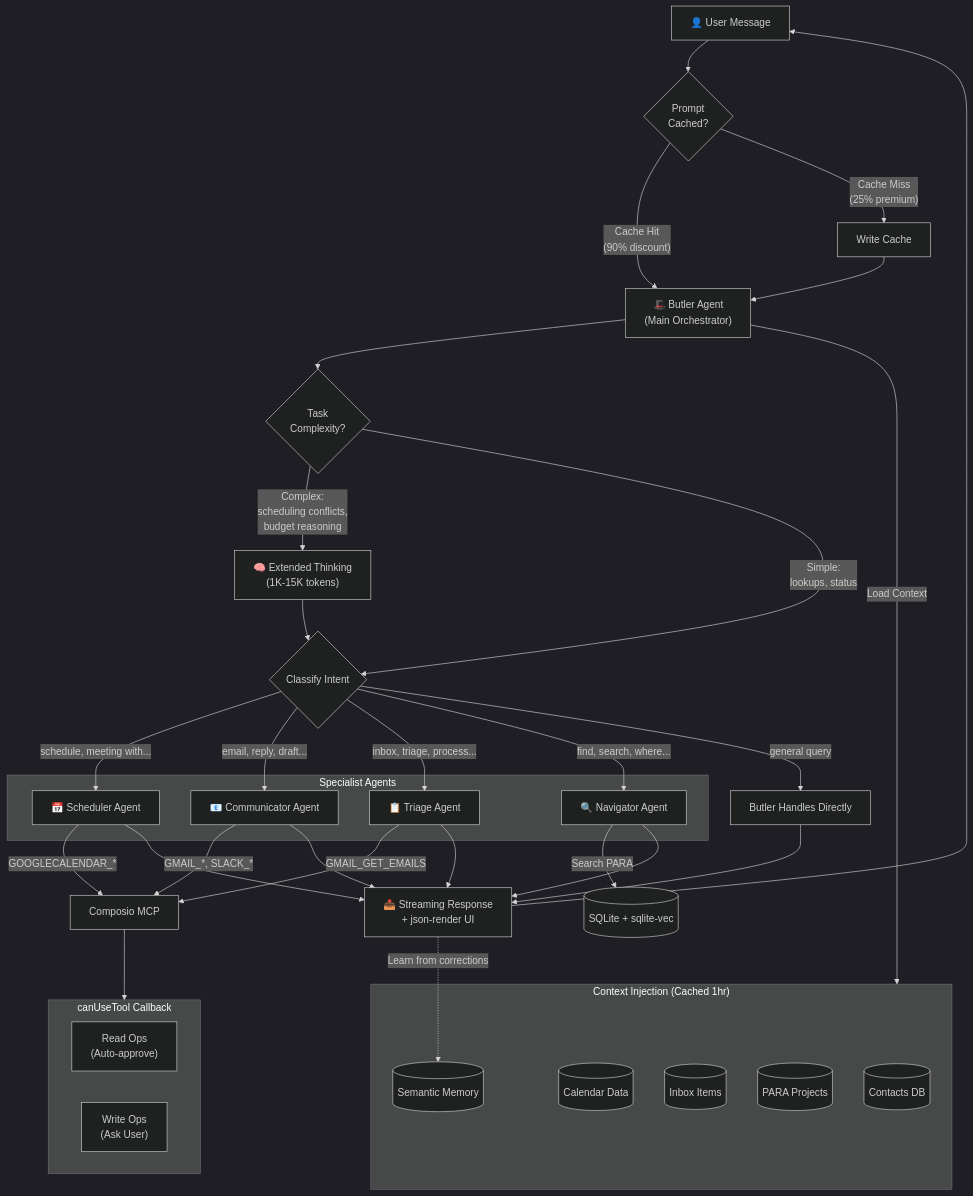
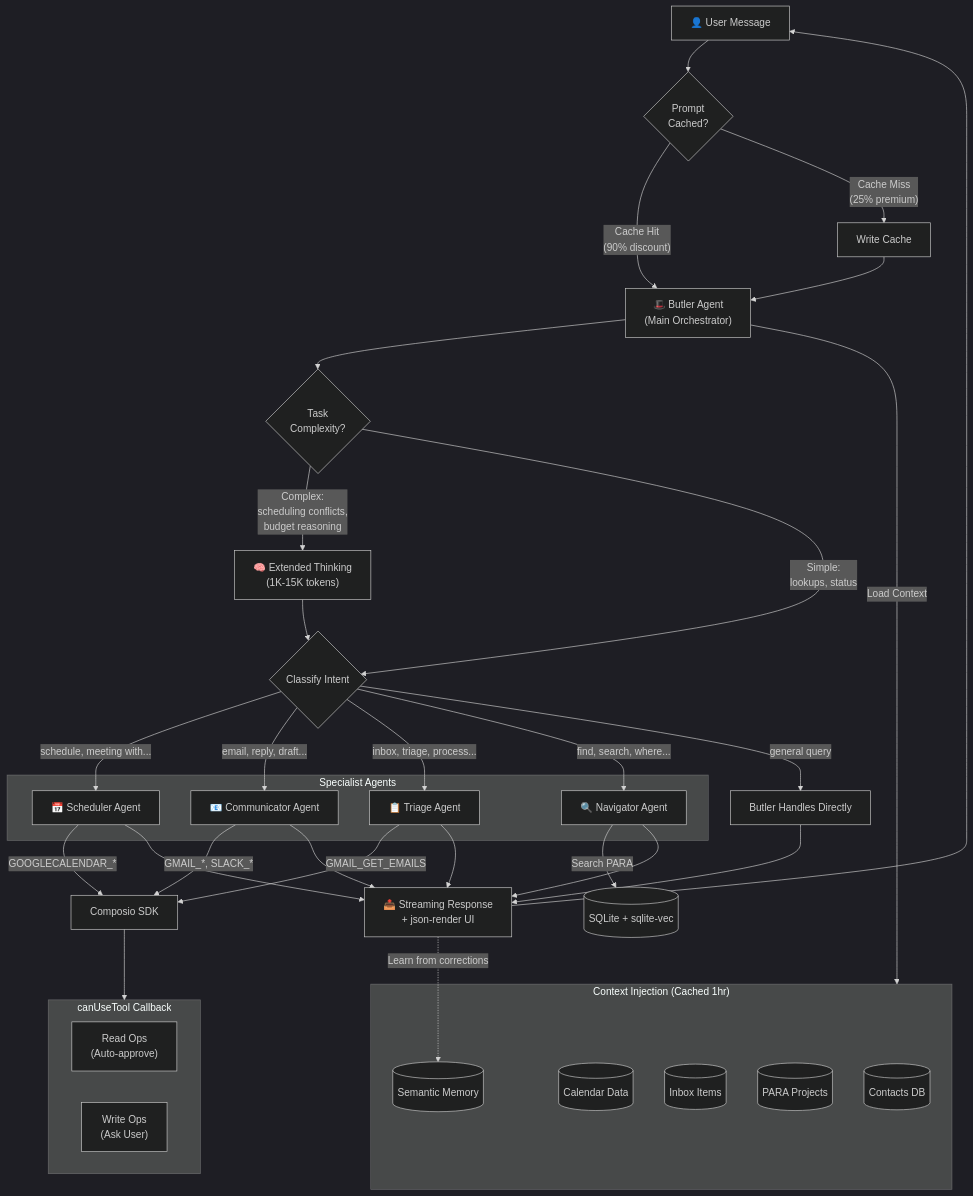
One commit to sidart10/orion-butler changed the second of 13 diagrams in thoughts/planning-artifacts/architecture-diagrams.md. Above: the diagram before and after it, drawn with Mermaid (dark theme). The commit also changed other lines of this file and 58 other files, not shown here.

````diff
--- a/thoughts/planning-artifacts/architecture-diagrams.md
+++ b/thoughts/planning-artifacts/architecture-diagrams.md
@@ -99,60 +99,60 @@
 ```mermaid
 flowchart TD
     User["👤 User Message"] --> CacheCheck{"Prompt<br/>Cached?"}
 
     CacheCheck -->|"Cache Hit<br/>(90% discount)"| Butler
     CacheCheck -->|"Cache Miss<br/>(25% premium)"| CacheWrite["Write Cache"]
     CacheWrite --> Butler["🎩 Butler Agent<br/>(Main Orchestrator)"]
 
     Butler --> Complexity{"Task<br/>Complexity?"}
 
     Complexity -->|"Complex:<br/>scheduling conflicts,<br/>budget reasoning"| ExtendedThinking["🧠 Extended Thinking<br/>(1K-15K tokens)"]
     Complexity -->|"Simple:<br/>lookups, status"| Classify
 
     ExtendedThinking --> Classify{"Classify Intent"}
 
     Classify -->|"schedule, meeting with..."| Scheduler
     Classify -->|"email, reply, draft..."| Communicator
     Classify -->|"inbox, triage, process..."| Triage
     Classify -->|"find, search, where..."| Navigator
     Classify -->|"general query"| SelfHandle["Butler Handles Directly"]
 
     subgraph Specialists["Specialist Agents"]
         Scheduler["📅 Scheduler Agent"]
         Communicator["📧 Communicator Agent"]
         Triage["📋 Triage Agent"]
         Navigator["🔍 Navigator Agent"]
     end
 
     subgraph Context["Context Injection (Cached 1hr)"]
         Contacts[("Contacts DB")]
         Calendar[("Calendar Data")]
         Inbox[("Inbox Items")]
         Projects[("PARA Projects")]
         Memory[("Semantic Memory")]
     end
 
     Butler -->|"Load Context"| Context
 
-    Scheduler -->|"GOOGLECALENDAR_*"| Composio["Composio MCP"]
+    Scheduler -->|"GOOGLECALENDAR_*"| Composio["Composio SDK"]
     Communicator -->|"GMAIL_*, SLACK_*"| Composio
     Triage -->|"GMAIL_GET_EMAILS"| Composio
     Navigator -->|"Search PARA"| SQLite[("SQLite + sqlite-vec")]
 
     subgraph ToolApproval["canUseTool Callback"]
         ReadOps["Read Ops<br/>(Auto-approve)"]
         WriteOps["Write Ops<br/>(Ask User)"]
     end
 
     Composio --> ToolApproval
 
     Scheduler --> Response
     Communicator --> Response
     Triage --> Response
     Navigator --> Response
     SelfHandle --> Response
 
     Response["📤 Streaming Response<br/>+ json-render UI"] --> User
 
     Response -.->|"Learn from corrections"| Memory
 ```
````
